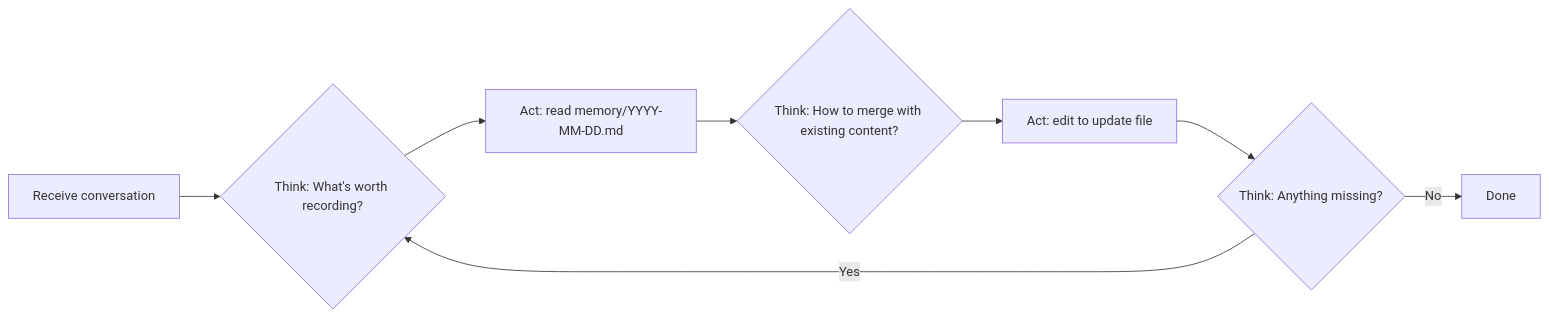
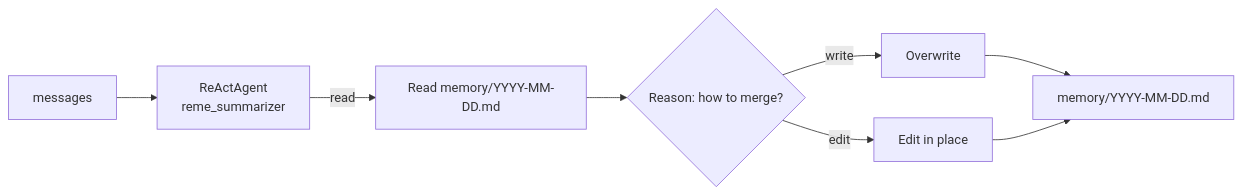
One commit to lllyyysss77/ReMe changed the fourth of 9 diagrams in README.md. Above: the diagram before and after it, drawn with Mermaid. The commit also changed other lines of this file and 106 other files, not shown here.

````diff
--- a/README.md
+++ b/README.md
@@ -242,10 +251,10 @@
 ```mermaid
 graph LR
-    A[Receive conversation] --> B{Think: What's worth recording?}
-    B --> C[Act: read memory/YYYY-MM-DD.md]
-    C --> D{Think: How to merge with existing content?}
-    D --> E[Act: edit to update file]
-    E --> F{Think: Anything missing?}
-    F -->|Yes| B
-    F -->|No| G[Done]
+    M[messages] --> A[ReActAgent<br>reme_summarizer]
+    A -->|read| R[Read memory/YYYY-MM-DD.md]
+    R --> T{Reason: how to merge?}
+    T -->|write| W[Overwrite]
+    T -->|edit| E[Edit in place]
+    W --> F[memory/YYYY-MM-DD.md]
+    E --> F
 ```
````
